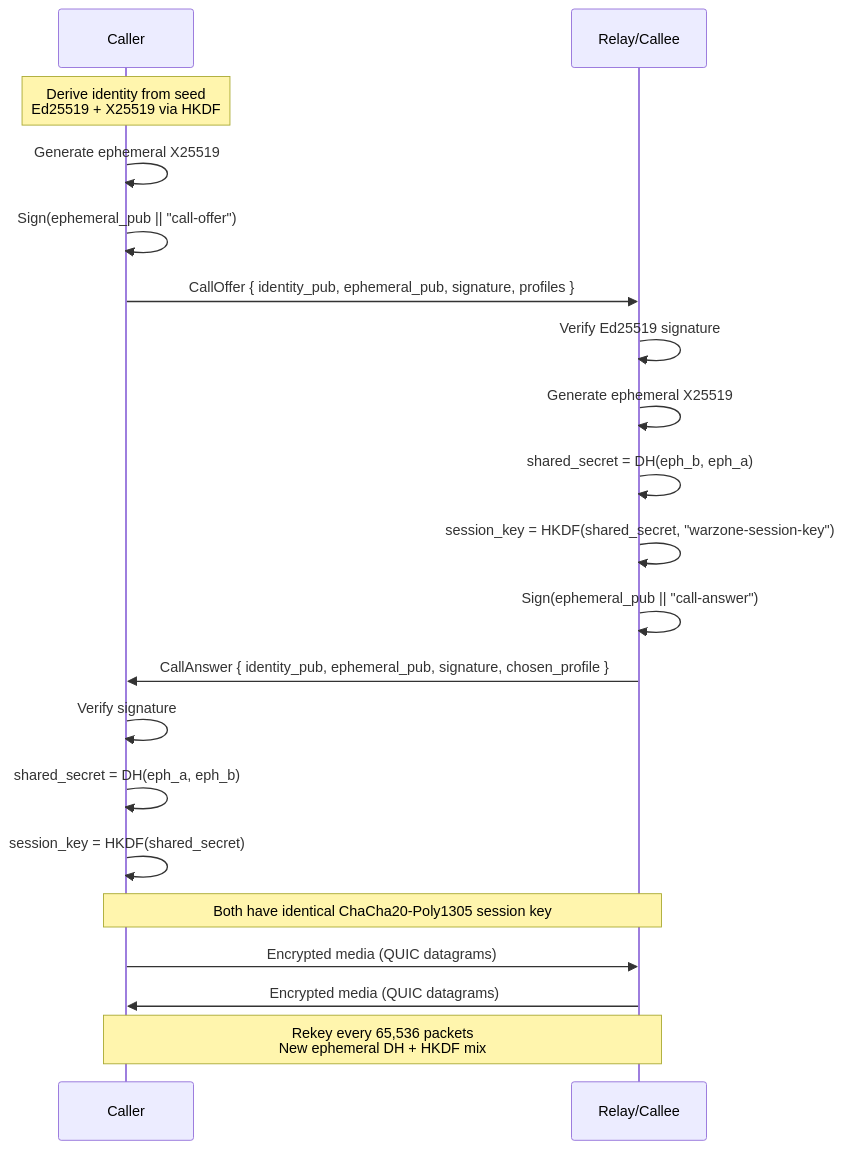
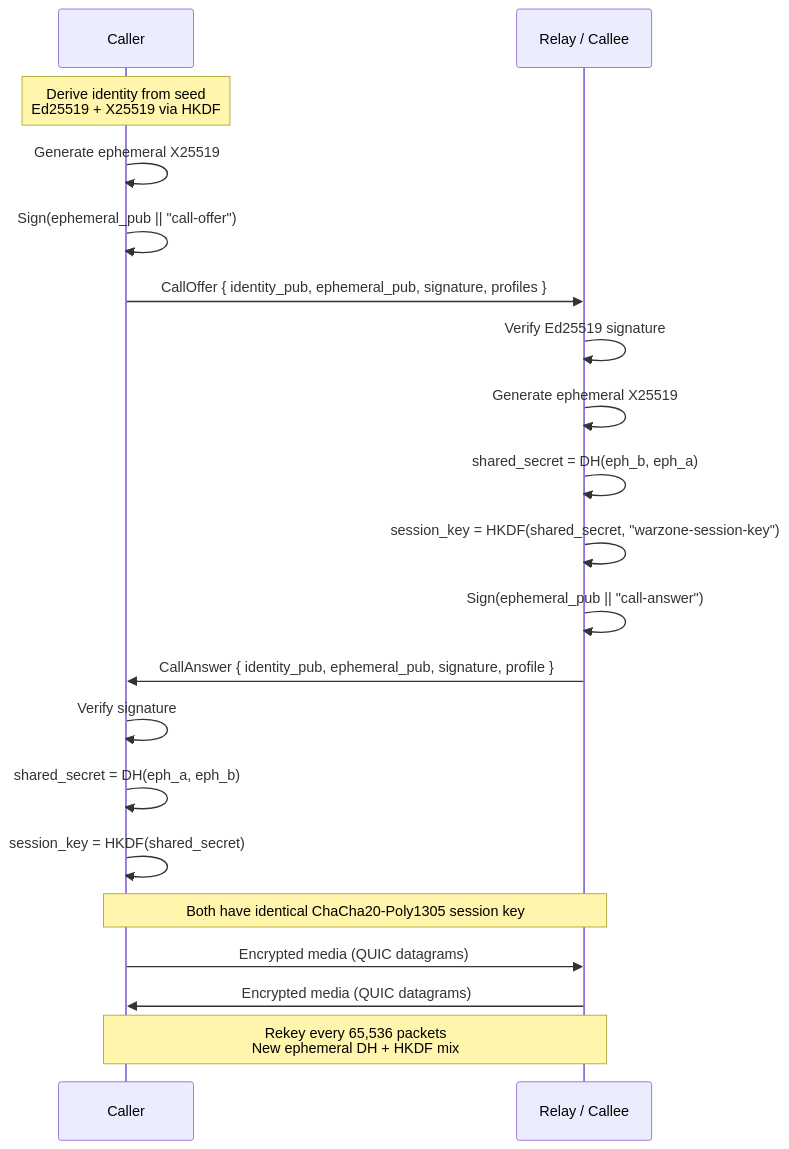
Diagram 13 of 19 in docs/ARCHITECTURE.md (manawenuz/wzp), drawn with Mermaid before and after one commit. The commit also changed other lines of this file and 3 other files, not shown here.

First line of the commit message:
docs: comprehensive documentation — design, architecture, admin, user guide

````diff
--- a/docs/ARCHITECTURE.md
+++ b/docs/ARCHITECTURE.md
@@ -193,28 +579,28 @@
 ```mermaid
 sequenceDiagram
     participant C as Caller
-    participant R as Relay/Callee
+    participant R as Relay / Callee
 
     Note over C: Derive identity from seed<br/>Ed25519 + X25519 via HKDF
 
     C->>C: Generate ephemeral X25519
     C->>C: Sign(ephemeral_pub || "call-offer")
     C->>R: CallOffer { identity_pub, ephemeral_pub, signature, profiles }
 
     R->>R: Verify Ed25519 signature
     R->>R: Generate ephemeral X25519
     R->>R: shared_secret = DH(eph_b, eph_a)
     R->>R: session_key = HKDF(shared_secret, "warzone-session-key")
     R->>R: Sign(ephemeral_pub || "call-answer")
-    R->>C: CallAnswer { identity_pub, ephemeral_pub, signature, chosen_profile }
+    R->>C: CallAnswer { identity_pub, ephemeral_pub, signature, profile }
 
     C->>C: Verify signature
     C->>C: shared_secret = DH(eph_a, eph_b)
     C->>C: session_key = HKDF(shared_secret)
 
     Note over C,R: Both have identical ChaCha20-Poly1305 session key
     C->>R: Encrypted media (QUIC datagrams)
     R->>C: Encrypted media (QUIC datagrams)
 
     Note over C,R: Rekey every 65,536 packets<br/>New ephemeral DH + HKDF mix
 ```
````
